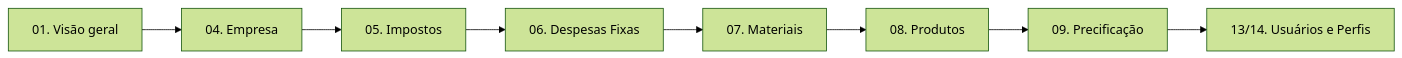
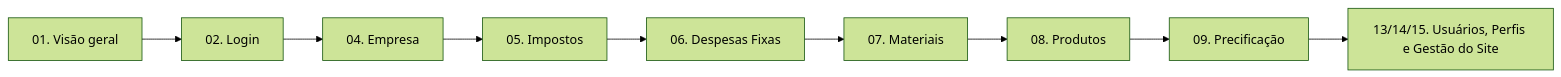
Before and after one commit to edvaldosm/markup-front: the diagram in docs/manual/00-indice.md, drawn with Mermaid (forest theme). The commit also changed other lines of this file and 15 other files, not shown here.

````diff
--- a/docs/manual/00-indice.md
+++ b/docs/manual/00-indice.md
@@ -37,10 +38,11 @@
 ```mermaid
 flowchart LR
-    A["01. Visão geral"] --> B["04. Empresa"]
-    B --> C["05. Impostos"]
-    C --> D["06. Despesas Fixas"]
-    D --> E["07. Materiais"]
-    E --> F["08. Produtos"]
-    F --> G["09. Precificação"]
-    G --> H["13/14. Usuários e Perfis"]
+    A["01. Visão geral"] --> B["02. Login"]
+    B --> C["04. Empresa"]
+    C --> D["05. Impostos"]
+    D --> E["06. Despesas Fixas"]
+    E --> F["07. Materiais"]
+    F --> G["08. Produtos"]
+    G --> H["09. Precificação"]
+    H --> I["13/14/15. Usuários, Perfis e Gestão do Site"]
 ```
````
